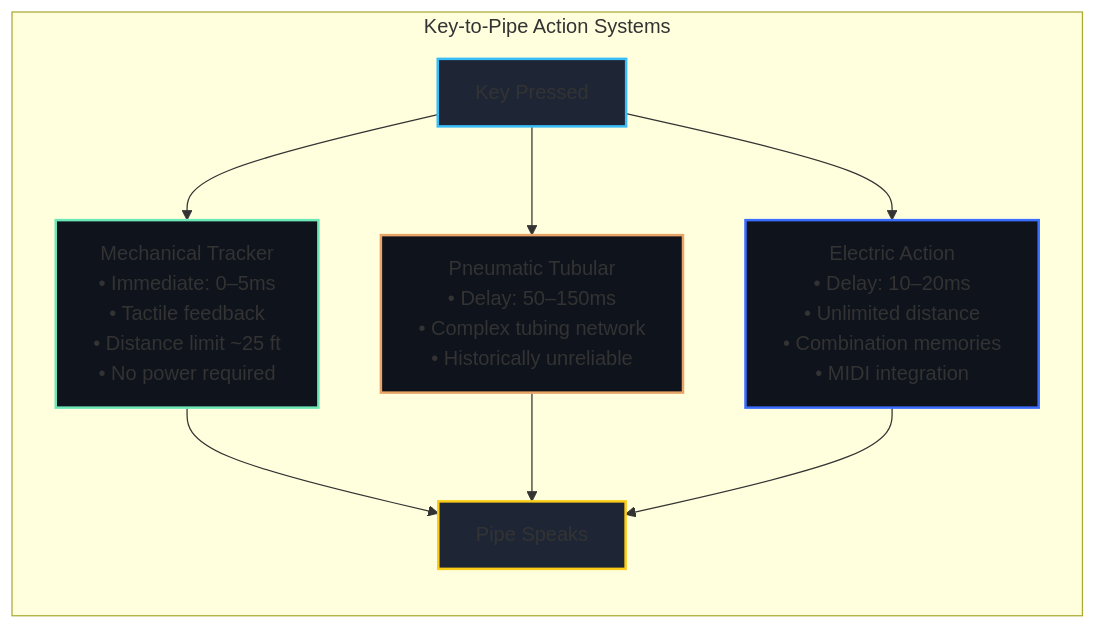
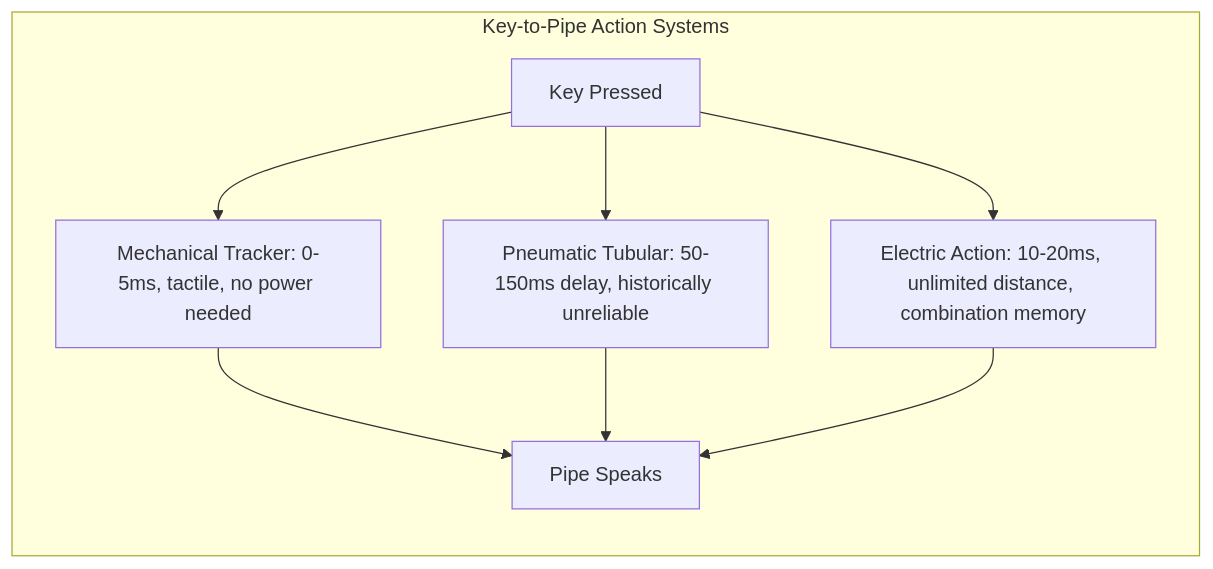
One commit to blebleblee/synapse changed the third of 8 diagrams in topics/arts/music_performance/organ/lesson_01_organ_anatomy.md. Above: the diagram before and after it, drawn with Mermaid. The commit also changed other lines of this file and 4 other files, not shown here.

````diff
--- a/topics/arts/music_performance/organ/lesson_01_organ_anatomy.md
+++ b/topics/arts/music_performance/organ/lesson_01_organ_anatomy.md
@@ -148,18 +117,11 @@
 ```mermaid
 graph LR
     subgraph sub_action_comparison ["Key-to-Pipe Action Systems"]
-        K["Key Pressed"] --> T["Mechanical Tracker\n• Immediate: 0–5ms\n• Tactile feedback\n• Distance limit ~25 ft\n• No power required"]
-        K --> PN["Pneumatic Tubular\n• Delay: 50–150ms\n• Complex tubing network\n• Historically unreliable"]
-        K --> EL["Electric Action\n• Delay: 10–20ms\n• Unlimited distance\n• Combination memories\n• MIDI integration"]
-
+        K["Key Pressed"] --> T["Mechanical Tracker: 0-5ms, tactile, no power needed"]
+        K --> PN["Pneumatic Tubular: 50-150ms delay, historically unreliable"]
+        K --> EL["Electric Action: 10-20ms, unlimited distance, combination memory"]
         T --> PIP["Pipe Speaks"]
         PN --> PIP
         EL --> PIP
     end
-
-    style K fill:#1E2636,stroke:#38BDF8,stroke-width:2px
-    style T fill:#0F131C,stroke:#6EE7B7,stroke-width:2px
-    style PN fill:#0F131C,stroke:#E9A568,stroke-width:2px
-    style EL fill:#0F131C,stroke:#3B6DFF,stroke-width:2px
-    style PIP fill:#1E2636,stroke:#FACC15,stroke-width:2px
 ```
````
